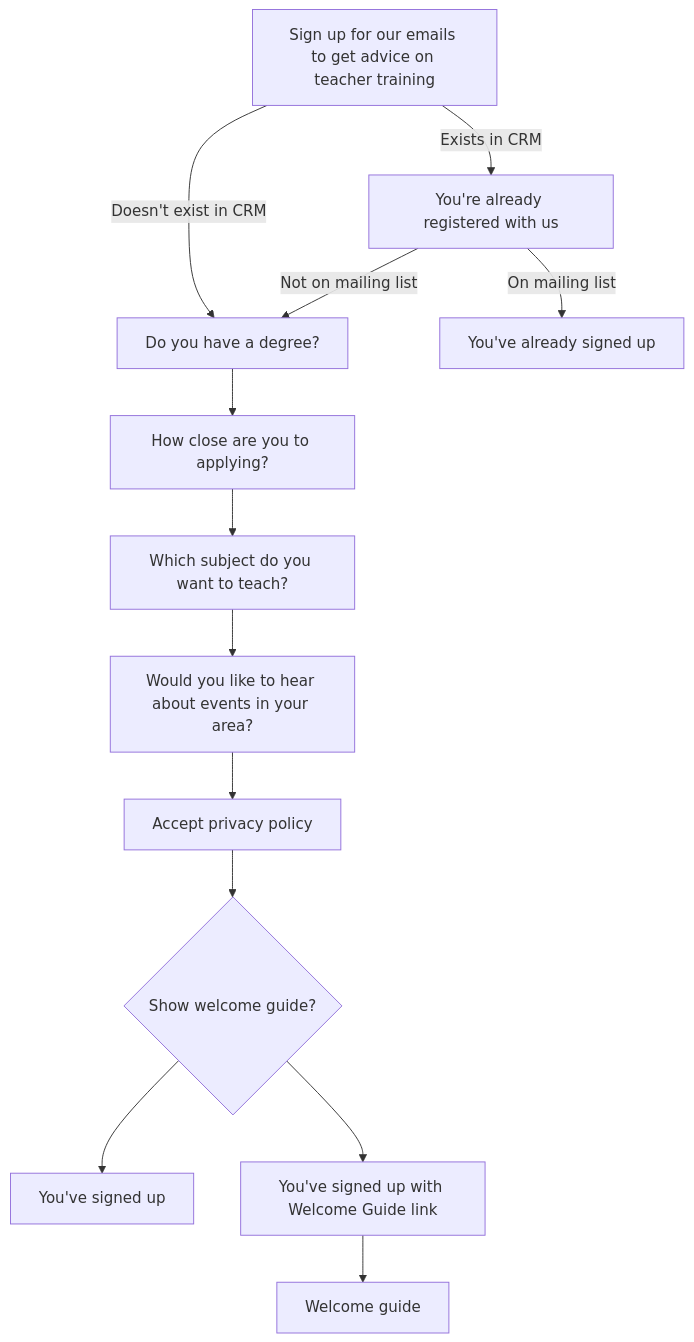
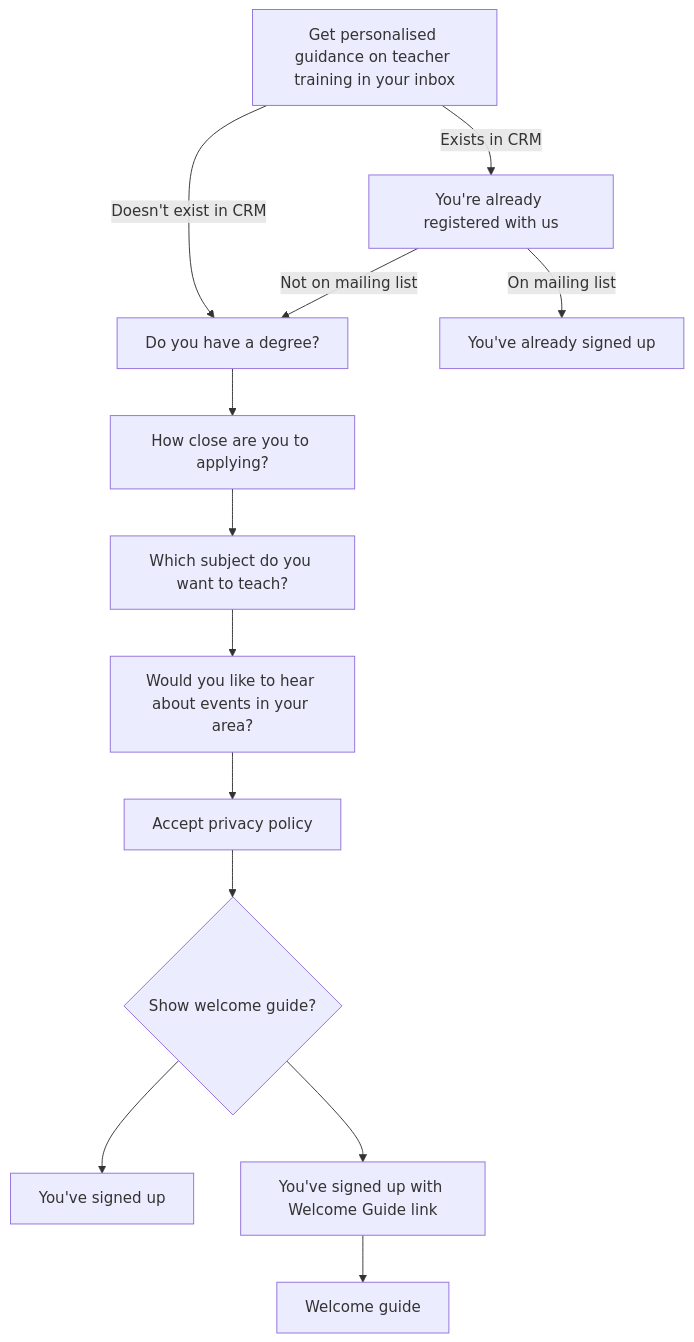
The diagram in docs/mailing-list-flow.md (DFE-Digital/get-into-teaching-app), drawn with Mermaid before and after one commit. The commit also changed 2 other files, not shown here.

Commit message:
tweaking copy

````diff
--- a/docs/mailing-list-flow.md
+++ b/docs/mailing-list-flow.md
@@ -3,21 +3,21 @@
 ```mermaid
 graph TD;
-  name_and_email[Sign up for our emails to get advice on teacher training] -- Doesn't exist in CRM --> degree[Do you have a degree?]
+  name_and_email[Get personalised guidance on teacher training in your inbox] -- Doesn't exist in CRM --> degree[Do you have a degree?]
   name_and_email -- Exists in CRM --> already_registered[You're already registered with us]
   
   already_registered -- Not on mailing list --> degree
   already_registered -- On mailing list --> signed_up_already[You've already signed up]
   degree --> journey_stage[How close are you to applying?]
   
   journey_stage --> subject[Which subject do you want to teach?]
   subject --> events[Would you like to hear about events in your area?]
   
   events --> privacy_policy[Accept privacy policy]
   
   privacy_policy --> show_welcome_guide{Show welcome guide?}
   
   show_welcome_guide --> signed_up_no_wg[You've signed up]  
   show_welcome_guide --> signed_up_wg[You've signed up with Welcome Guide link]  
   
   signed_up_wg --> welcome_guide[Welcome guide]
 ```
````
